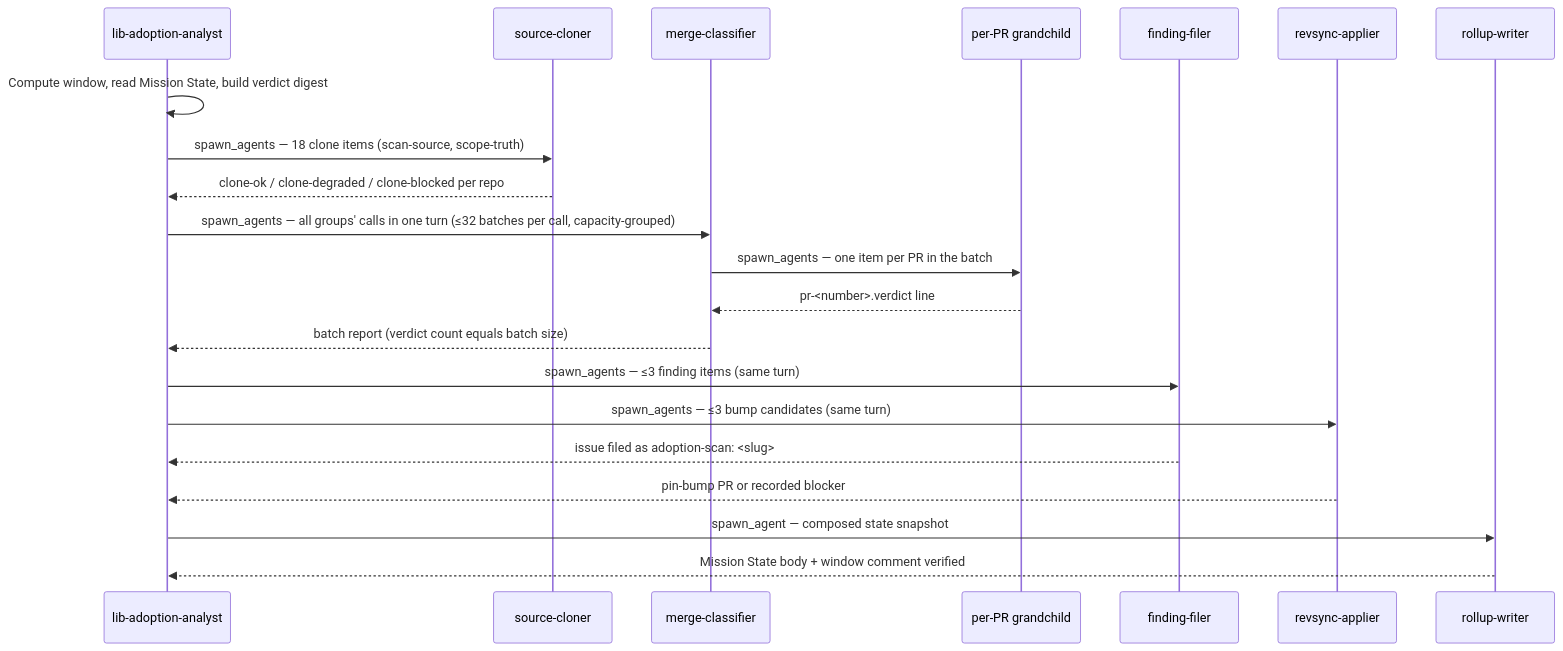
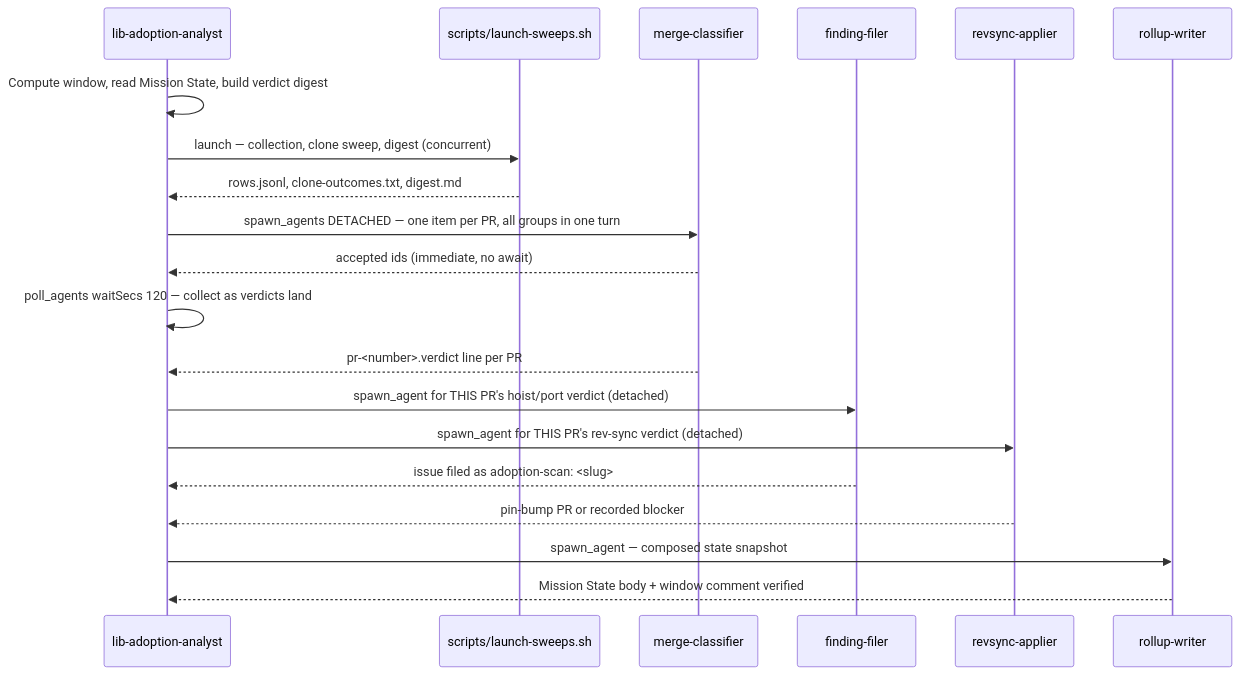
The third of 12 diagrams in docs/workflow-diagrams.md (ahmedhosnypro/craft-libs-adoption), drawn with Mermaid before and after one commit. The commit also changed other lines of this file and 3 other files, not shown here.

First line of the commit message:
docs(scan): the diagrams and AGENTS.md describe the per-PR architecture

````diff
--- a/docs/workflow-diagrams.md
+++ b/docs/workflow-diagrams.md
@@ -89,23 +91,22 @@
 ```mermaid
 sequenceDiagram
     participant O as lib-adoption-analyst
-    participant C as source-cloner
+    participant S as scripts/launch-sweeps.sh
     participant M as merge-classifier
-    participant G as per-PR grandchild
     participant F as finding-filer
     participant A as revsync-applier
     participant R as rollup-writer
     O->>O: Compute window, read Mission State, build verdict digest
-    O->>C: spawn_agents — 18 clone items (scan-source, scope-truth)
-    C-->>O: clone-ok / clone-degraded / clone-blocked per repo
-    O->>M: spawn_agents — all groups' calls in one turn (≤32 batches per call, capacity-grouped)
-    M->>G: spawn_agents — one item per PR in the batch
-    G-->>M: pr-<number>.verdict line
-    M-->>O: batch report (verdict count equals batch size)
-    O->>F: spawn_agents — ≤3 finding items (same turn)
-    O->>A: spawn_agents — ≤3 bump candidates (same turn)
+    O->>S: launch — collection, clone sweep, digest (concurrent)
+    S-->>O: rows.jsonl, clone-outcomes.txt, digest.md
+    O->>M: spawn_agents DETACHED — one item per PR, all groups in one turn
+    M-->>O: accepted ids (immediate, no await)
+    O->>O: poll_agents waitSecs 120 — collect as verdicts land
+    M-->>O: pr-<number>.verdict line per PR
+    O->>F: spawn_agent for THIS PR's hoist/port verdict (detached)
+    O->>A: spawn_agent for THIS PR's rev-sync verdict (detached)
     F-->>O: issue filed as adoption-scan: <slug>
     A-->>O: pin-bump PR or recorded blocker
     O->>R: spawn_agent — composed state snapshot
     R-->>O: Mission State body + window comment verified
 ```
````
